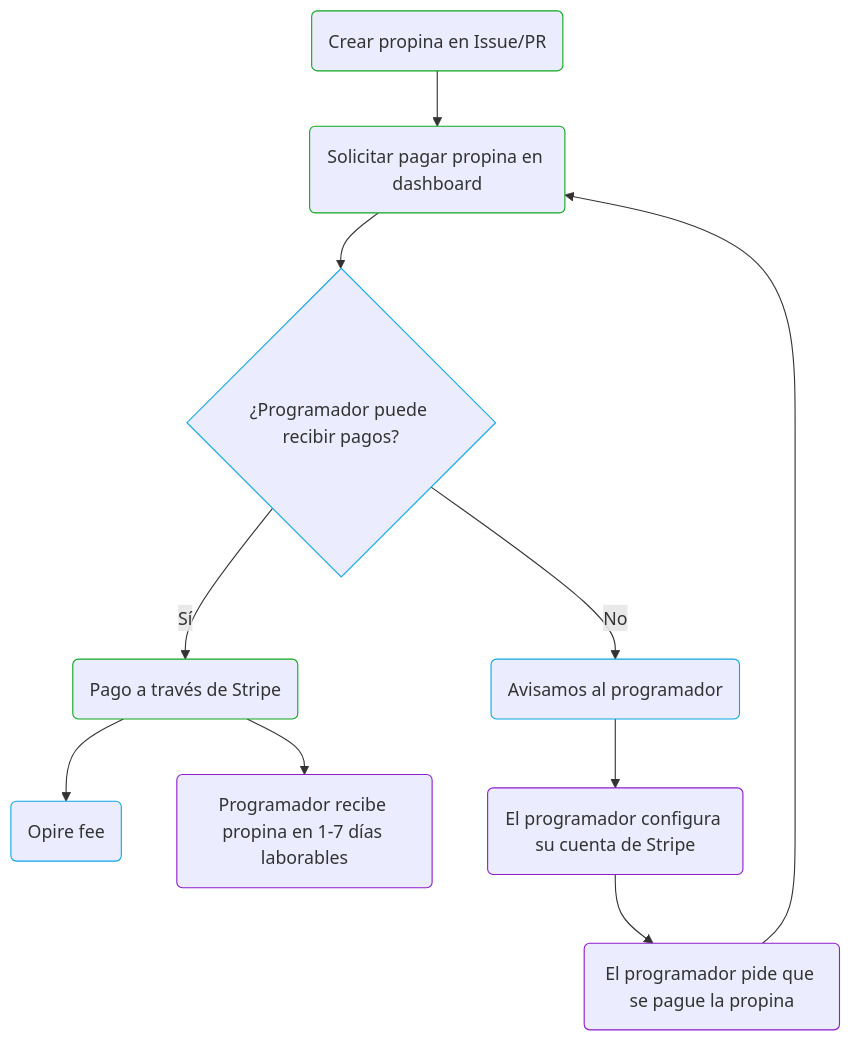
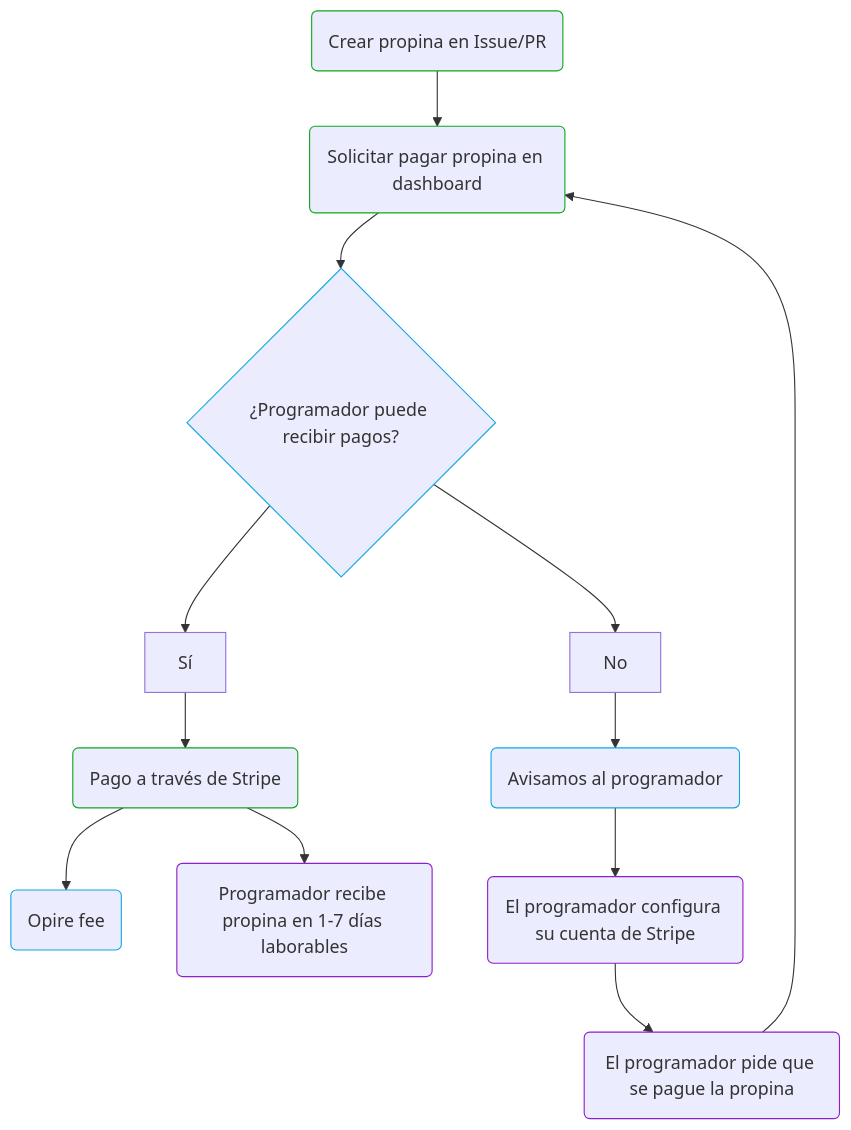
The second of 2 diagrams in pages/tips/lifecycle.es.mdx (Opire/docs), drawn with Mermaid before and after one commit. The commit also changed 1 other file, not shown here.

Commit message:
improve diagram

````diff
--- a/pages/tips/lifecycle.es.mdx
+++ b/pages/tips/lifecycle.es.mdx
@@ -23,15 +23,15 @@
 ```mermaid
 flowchart TD
     classDef opire stroke:#0EA7E1
     classDef creator stroke:#0EA71F
     classDef programmer stroke:#8D1DCD
     A(Crear propina en Issue/PR):::creator --> B(Solicitar pagar propina en dashboard):::creator
     B --> C{¿Programador puede recibir pagos?}:::opire
-    C -->|Sí| E(Pago a través de Stripe):::creator
+    C --> Sí --> E(Pago a través de Stripe):::creator
     E --> F(Opire fee):::opire
     E --> G(Programador recibe propina en 1-7 días laborables):::programmer
-    C -->|No| D(Avisamos al programador):::opire
+    C --> No --> D(Avisamos al programador):::opire
     D --> H(El programador configura su cuenta de Stripe):::programmer
     H --> I(El programador pide que se pague la propina):::programmer
     I --> B
 ```
````
